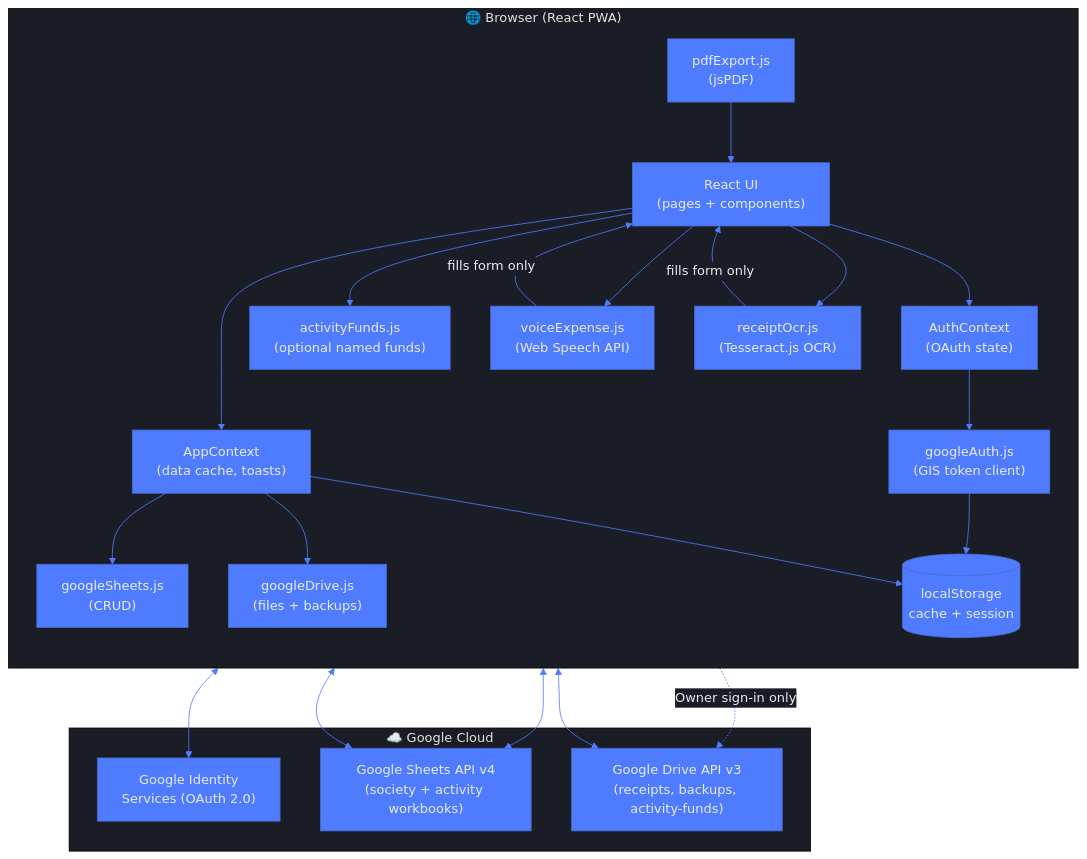
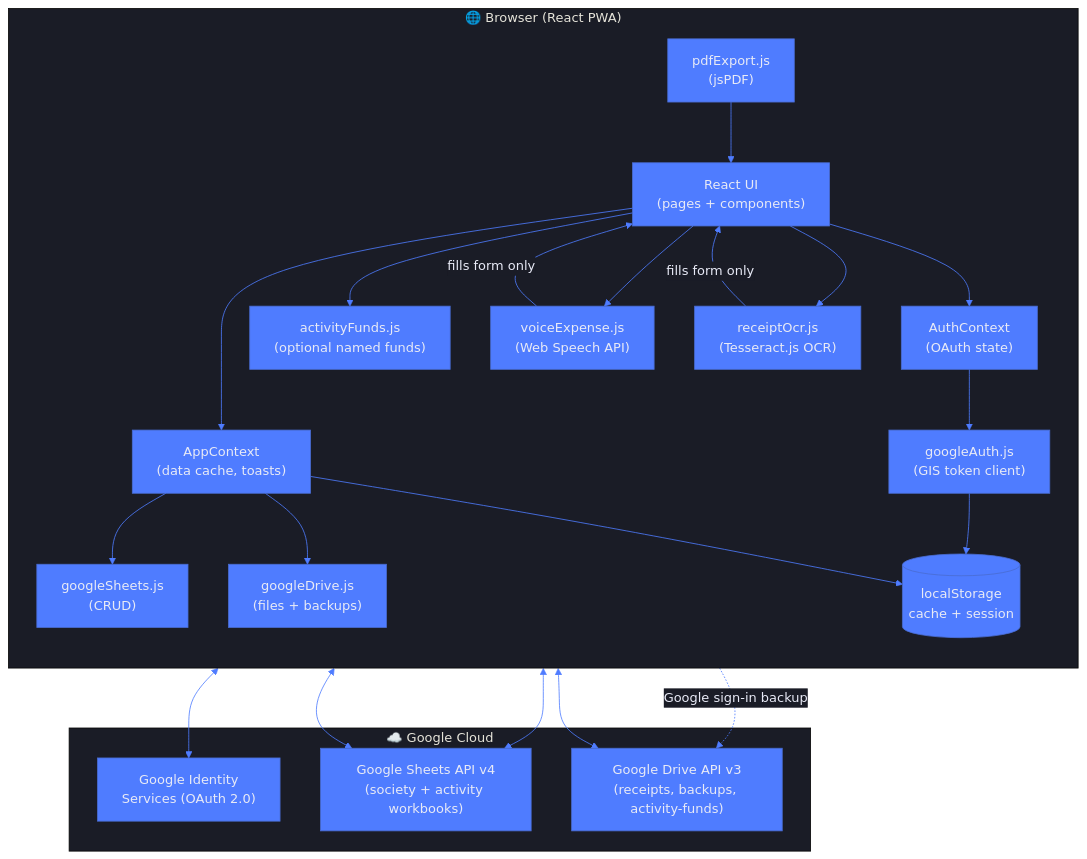
Before and after one commit to theprideoftirumala/AppartmentApp: the first of 8 diagrams in Explanation.md, drawn with Mermaid. The commit also changed other lines of this file and 12 other files, not shown here.

````diff
--- a/Explanation.md
+++ b/Explanation.md
@@ -14,43 +14,43 @@
 ```mermaid
 %%{init: {'theme': 'base', 'themeVariables': {'primaryColor': '#4f7cff', 'edgeLabelBackground': '#1a1c26', 'tertiaryColor': '#1a1c26', 'background': '#0d0f17', 'primaryTextColor': '#e8eaf6', 'lineColor': '#4f7cff'}}}%%
 graph TD
     subgraph Browser["🌐 Browser (React PWA)"]
         direction TB
         UI["React UI\n(pages + components)"]
         AUTH_CTX["AuthContext\n(OAuth state)"]
         APP_CTX["AppContext\n(data cache, toasts)"]
         SVC_AUTH["googleAuth.js\n(GIS token client)"]
         SVC_SHEETS["googleSheets.js\n(CRUD)"]
         SVC_DRIVE["googleDrive.js\n(files + backups)"]
         SVC_PDF["pdfExport.js\n(jsPDF)"]
         SVC_ACT["activityFunds.js\n(optional named funds)"]
         VOICE["voiceExpense.js\n(Web Speech API)"]
         OCR["receiptOcr.js\n(Tesseract.js OCR)"]
         LS[("localStorage\ncache + session")]
     end
 
     subgraph Google["☁️ Google Cloud"]
         OAUTH["Google Identity\nServices (OAuth 2.0)"]
         SHEETS["Google Sheets API v4\n(society + activity workbooks)"]
         DRIVE["Google Drive API v3\n(receipts, backups, activity-funds)"]
     end
 
     UI --> AUTH_CTX
     UI --> APP_CTX
     AUTH_CTX --> SVC_AUTH
     APP_CTX --> SVC_SHEETS
     APP_CTX --> SVC_DRIVE
     UI --> SVC_ACT
     UI --> VOICE
     UI --> OCR
     VOICE -->|"fills form only"| UI
     OCR -->|"fills form only"| UI
     SVC_AUTH <--> OAUTH
     SVC_SHEETS <--> SHEETS
     SVC_ACT <--> SHEETS
     SVC_DRIVE <--> DRIVE
     SVC_AUTH --> LS
     APP_CTX --> LS
     SVC_PDF --> UI
-    AUTH_CTX -.->|"Owner sign-in only"| DRIVE
+        AUTH_CTX -.->|"Google sign-in backup"| DRIVE
 ```
````
